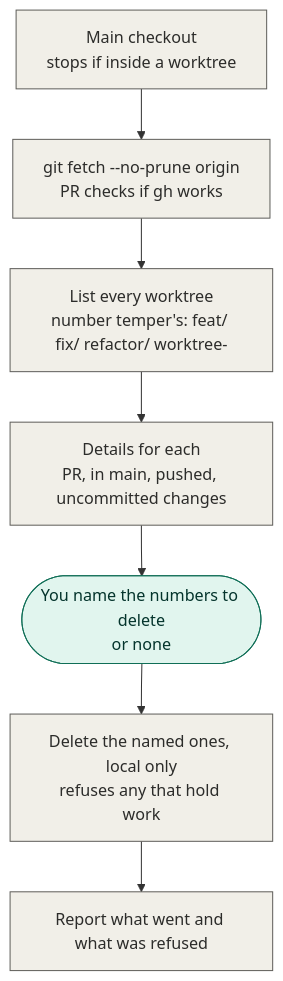
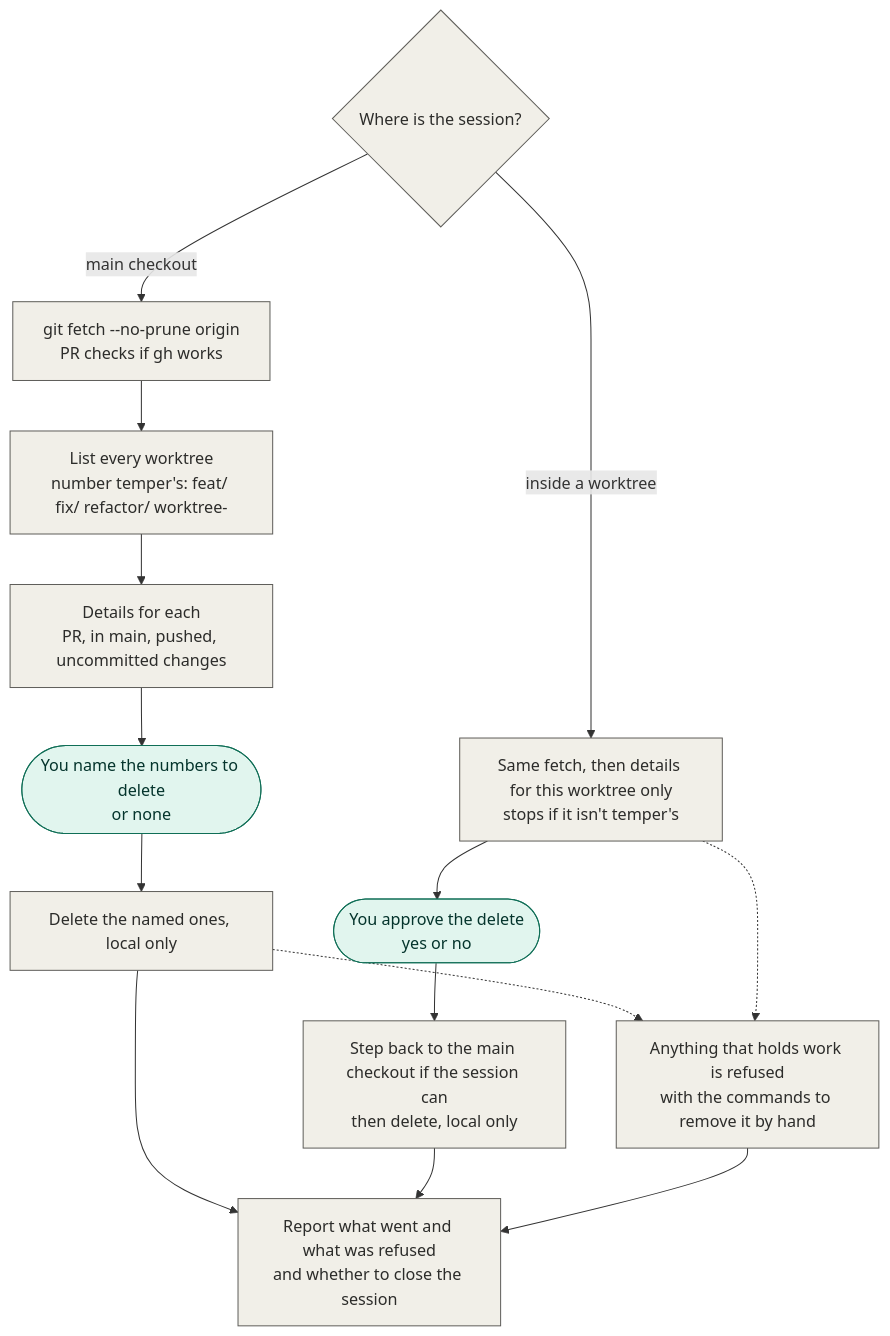
One commit to junayed711/temper changed the sixth of 6 diagrams in README.md. Above: the diagram before and after it, drawn with Mermaid. The commit also changed other lines of this file and 1 other file, not shown here.

First line of the commit message:
Let temper cleanup delete the worktree it is run from (#11)

````diff
--- a/README.md
+++ b/README.md
@@ -507,15 +518,23 @@
 ```mermaid
 flowchart TD
-    here["Main checkout<br/>stops if inside a worktree"]:::temper
+    here{"Where is the session?"}:::temper
     fetch["git fetch --no-prune origin<br/>PR checks if gh works"]:::temper
     find["List every worktree<br/>number temper's: feat/ fix/ refactor/ worktree-"]:::temper
     sort["Details for each<br/>PR, in main, pushed, uncommitted changes"]:::temper
     ask(["You name the numbers to delete<br/>or none"]):::you
-    remove["Delete the named ones, local only<br/>refuses any that hold work"]:::temper
-    report["Report what went and what was refused"]:::temper
+    remove["Delete the named ones, local only"]:::temper
+    one["Same fetch, then details for this worktree only<br/>stops if it isn't temper's"]:::temper
+    yes(["You approve the delete<br/>yes or no"]):::you
+    leave["Step back to the main checkout if the session can<br/>then delete, local only"]:::temper
+    refuse["Anything that holds work is refused<br/>with the commands to remove it by hand"]:::temper
+    report["Report what went and what was refused<br/>and whether to close the session"]:::temper
 
-    here --> fetch --> find --> sort --> ask --> remove --> report
+    here -- main checkout --> fetch --> find --> sort --> ask --> remove --> report
+    here -- inside a worktree --> one --> yes --> leave --> report
+    remove -.-> refuse
+    one -.-> refuse
+    refuse --> report
 
     classDef you fill:#E1F5EE,stroke:#0F6E56,color:#04342C
     classDef temper fill:#F1EFE8,stroke:#5F5E5A,color:#2C2C2A
 ```
````
